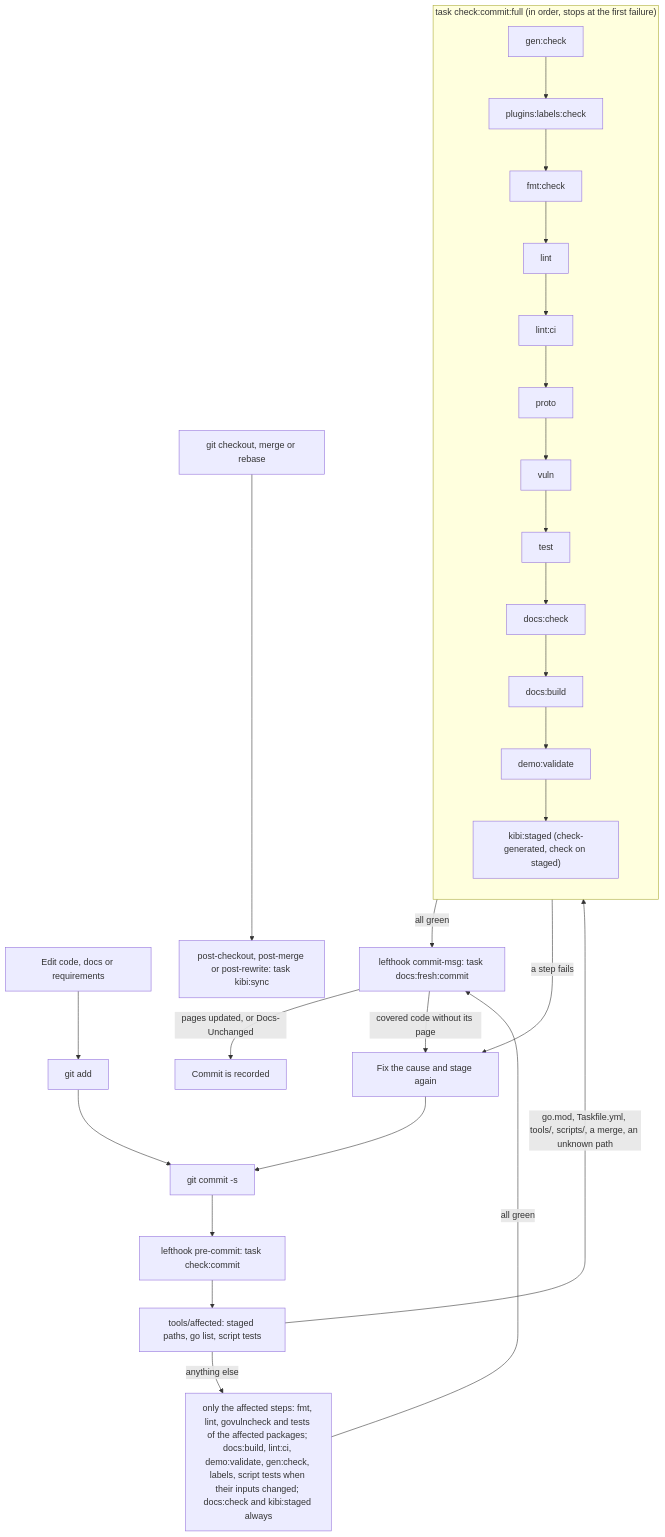
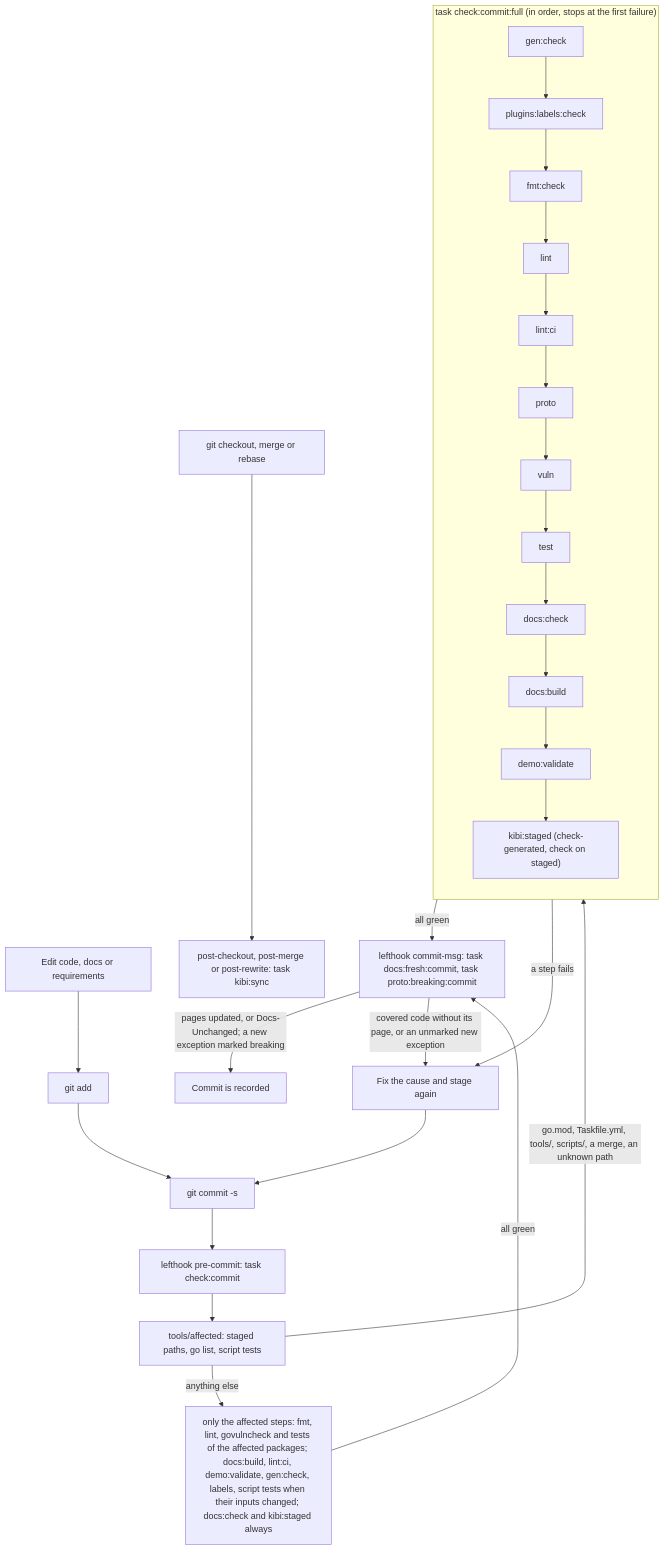
The second of 5 diagrams in docs/dev/pipeline.md (arkadiuss/openfief), drawn with Mermaid before and after one commit. The commit also changed other lines of this file and 80 other files, not shown here.

````diff
--- a/docs/dev/pipeline.md
+++ b/docs/dev/pipeline.md
@@ -142,21 +154,21 @@
 ```mermaid
 flowchart TD
   edit["Edit code, docs or requirements"] --> add["git add"]
   add --> commit["git commit -s"]
   commit --> hook["lefthook pre-commit: task check:commit"]
   hook --> sel["tools/affected: staged paths, go list, script tests"]
   sel -->|"go.mod, Taskfile.yml, tools/, scripts/, a merge, an unknown path"| cc
   sel -->|"anything else"| part["only the affected steps: fmt, lint, govulncheck and tests of the affected packages; docs:build, lint:ci, demo:validate, gen:check, labels, script tests when their inputs changed; docs:check and kibi:staged always"]
   subgraph cc["task check:commit:full (in order, stops at the first failure)"]
     direction TB
     gen["gen:check"] --> labels["plugins:labels:check"] --> fmt["fmt:check"] --> lint["lint"] --> lintci["lint:ci"] --> proto["proto"]
     proto --> vuln["vuln"] --> test["test"] --> docs["docs:check"] --> site["docs:build"] --> dv["demo:validate"] --> kibi["kibi:staged (check-generated, check on staged)"]
   end
   part -->|"all green"| msg
-  cc -->|"all green"| msg["lefthook commit-msg: task docs:fresh:commit"]
-  msg -->|"pages updated, or Docs-Unchanged"| done["Commit is recorded"]
-  msg -->|"covered code without its page"| fix
+  cc -->|"all green"| msg["lefthook commit-msg: task docs:fresh:commit, task proto:breaking:commit"]
+  msg -->|"pages updated, or Docs-Unchanged; a new exception marked breaking"| done["Commit is recorded"]
+  msg -->|"covered code without its page, or an unmarked new exception"| fix
   cc -->|"a step fails"| fix["Fix the cause and stage again"]
   fix --> commit
   switch["git checkout, merge or rebase"] --> sync["post-checkout, post-merge or post-rewrite: task kibi:sync"]
 ```
````
